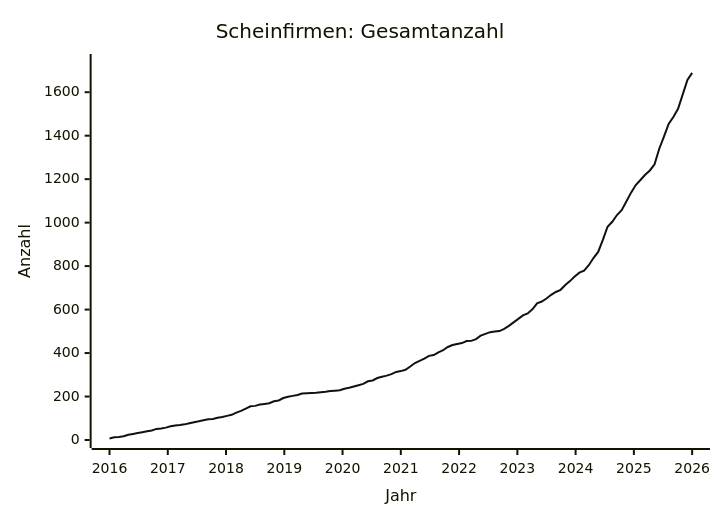
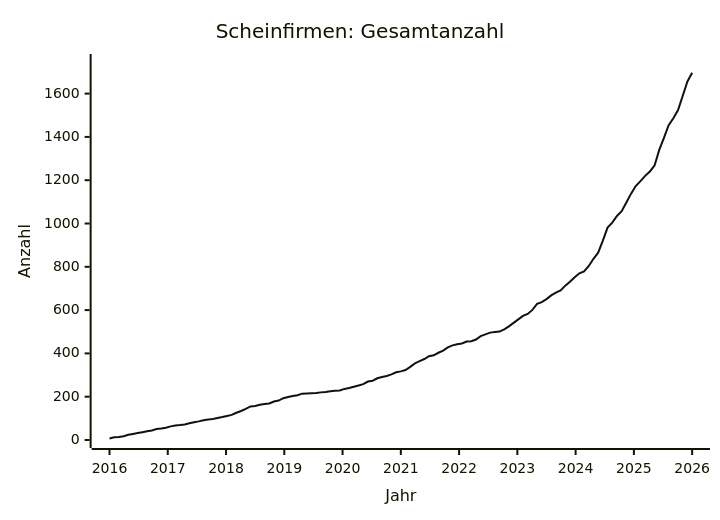
The diagram in data/STATS.md (arjoma/scheinfirmen-at), drawn with Mermaid before and after one commit. The commit also changed other lines of this file and 3 other files, not shown here.

````diff
--- a/data/STATS.md
+++ b/data/STATS.md
@@ -9,13 +9,13 @@
 ```mermaid
 ---
 config:
   themeVariables:
     xyChart:
       plotColorPalette: "#111111"
 ---
 xychart-beta
     title "Scheinfirmen: Gesamtanzahl"
     x-axis "Jahr" 2016 --> 2026
-    y-axis "Anzahl" 0 --> 1739
-    line [7, 13, 14, 17, 24, 28, 32, 36, 40, 44, 51, 53, 57, 63, 67, 69, 72, 77, 82, 86, 91, 95, 97, 102, 106, 111, 116, 126, 134, 144, 155, 157, 163, 166, 169, 178, 182, 193, 199, 203, 207, 214, 215, 216, 217, 220, 222, 225, 227, 229, 236, 240, 246, 252, 258, 270, 274, 285, 291, 296, 303, 313, 317, 323, 338, 354, 364, 374, 387, 391, 403, 413, 428, 437, 442, 446, 455, 456, 464, 480, 488, 496, 499, 501, 511, 525, 541, 557, 573, 582, 601, 629, 637, 651, 668, 681, 691, 713, 731, 752, 770, 779, 804, 837, 865, 921, 981, 1004, 1035, 1057, 1097, 1138, 1173, 1196, 1220, 1240, 1268, 1340, 1396, 1454, 1486, 1524, 1590, 1656, 1689]
+    y-axis "Anzahl" 0 --> 1746
+    line [7, 13, 14, 17, 24, 28, 32, 36, 40, 44, 51, 53, 57, 63, 67, 69, 72, 77, 82, 86, 91, 95, 97, 102, 106, 111, 116, 126, 134, 144, 155, 157, 163, 166, 169, 178, 182, 193, 199, 203, 207, 214, 215, 216, 217, 220, 222, 225, 227, 229, 236, 240, 246, 252, 258, 270, 274, 285, 291, 296, 303, 313, 317, 323, 338, 354, 364, 374, 387, 391, 403, 413, 428, 437, 442, 446, 455, 456, 464, 480, 488, 496, 499, 501, 511, 525, 541, 557, 573, 582, 601, 629, 637, 651, 668, 681, 691, 713, 731, 752, 770, 779, 804, 837, 865, 921, 981, 1004, 1035, 1057, 1097, 1138, 1173, 1196, 1220, 1240, 1268, 1340, 1396, 1454, 1486, 1524, 1590, 1656, 1696]
 ```
````
